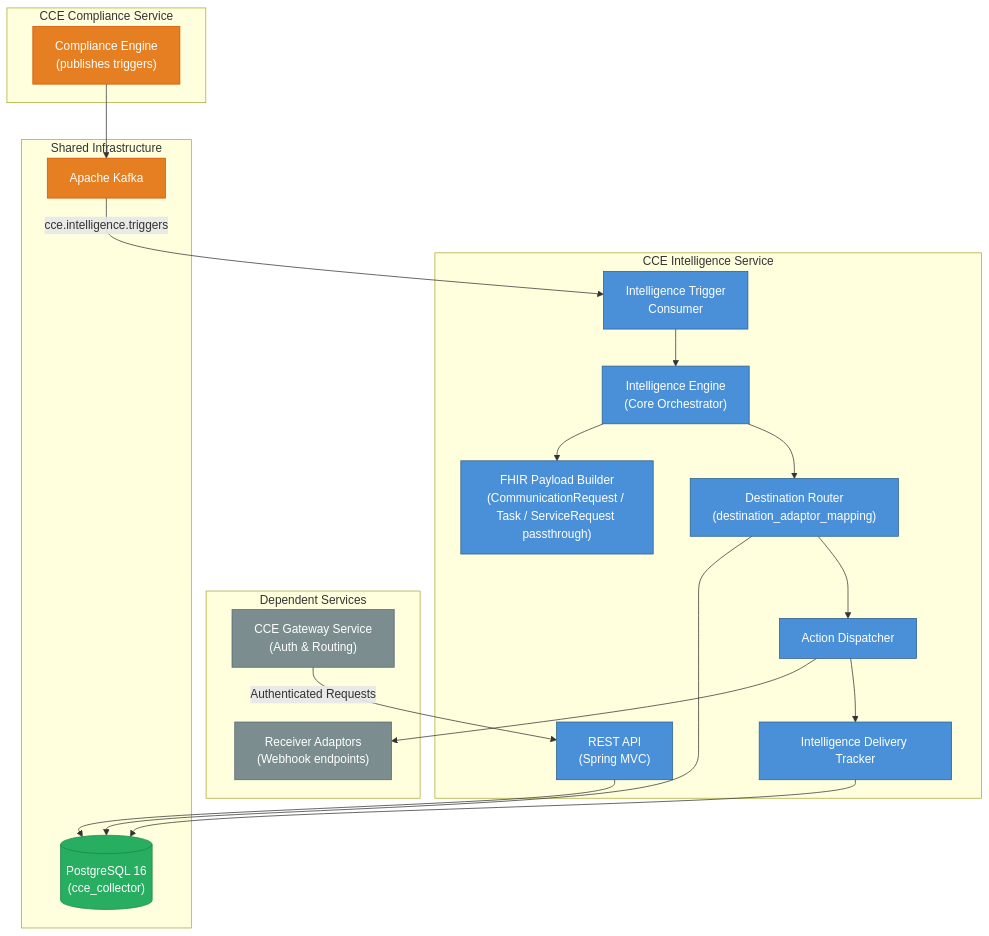
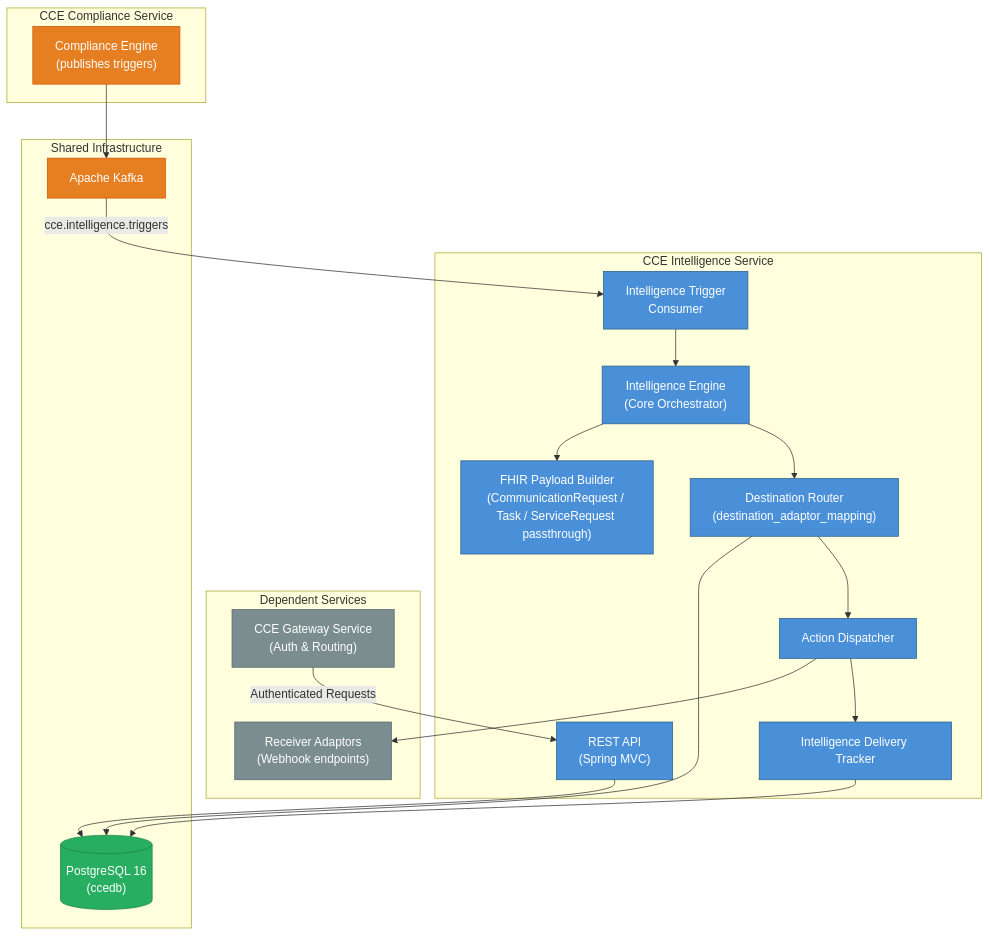
The first of 6 diagrams in docs/architecture-overview.md (Jayaprakash8887/cce-intelligence-service), drawn with Mermaid before and after one commit. The commit also changed other lines of this file and 9 other files, not shown here.

Commit message:
feat: Update database references from `cce_collector` to `ccedb` across documentation and configuration files

````diff
--- a/docs/architecture-overview.md
+++ b/docs/architecture-overview.md
@@ -9,49 +9,49 @@
 ```mermaid
 graph TB
     subgraph Dependent Services
         GATEWAY["CCE Gateway Service<br/>(Auth & Routing)"]
         RECEIVER_WH["Receiver Adaptors<br/>(Webhook endpoints)"]
     end
 
     subgraph CCE Intelligence Service
         CONSUMER["Intelligence Trigger<br/>Consumer"]
         ENGINE["Intelligence Engine<br/>(Core Orchestrator)"]
         BUILDER["FHIR Payload Builder<br/>(CommunicationRequest / Task / ServiceRequest passthrough)"]
         ROUTER["Destination Router<br/>(destination_adaptor_mapping)"]
         DISPATCHER["Action Dispatcher"]
         TRACKER["Intelligence Delivery Tracker"]
         API["REST API<br/>(Spring MVC)"]
     end
 
     subgraph Shared Infrastructure
-        DB[("PostgreSQL 16<br/>(cce_collector)")]
+        DB[("PostgreSQL 16<br/>(ccedb)")]
         KAFKA["Apache Kafka"]
     end
 
     subgraph CCE Compliance Service
         COMPLIANCE["Compliance Engine<br/>(publishes triggers)"]
     end
 
     COMPLIANCE --> KAFKA
     KAFKA -->|"cce.intelligence.triggers"| CONSUMER
     CONSUMER --> ENGINE
     ENGINE --> BUILDER
     ENGINE --> ROUTER
     ROUTER --> DB
     ROUTER --> DISPATCHER
     DISPATCHER --> RECEIVER_WH
     DISPATCHER --> TRACKER
     TRACKER --> DB
     API --> DB
     GATEWAY -->|"Authenticated Requests"| API
 
     classDef service fill:#4A90D9,stroke:#2C5F8A,color:white
     classDef external fill:#7B8D8E,stroke:#566573,color:white
     classDef data fill:#27AE60,stroke:#1E8449,color:white
     classDef broker fill:#E67E22,stroke:#D35400,color:white
 
     class CONSUMER,ENGINE,BUILDER,ROUTER,DISPATCHER,TRACKER,API service
     class GATEWAY,RECEIVER_WH external
     class DB data
     class KAFKA,COMPLIANCE broker
 ```
````
